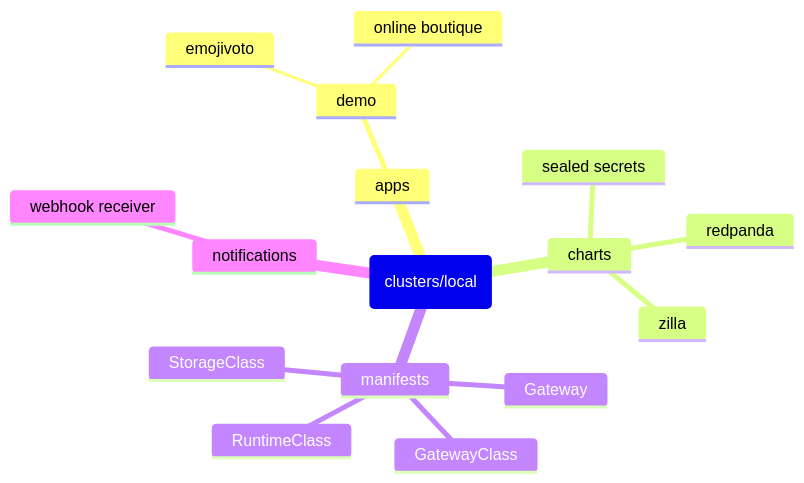
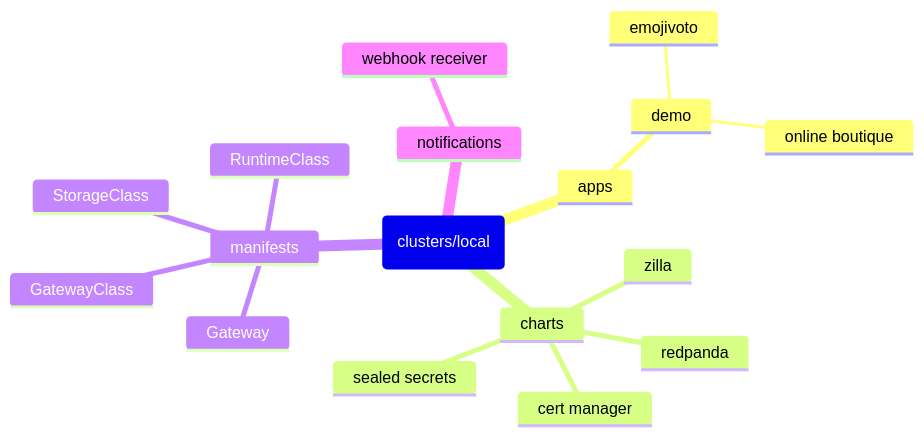
One commit to orbservability/demo-cluster changed the diagram in README.md. Above: the diagram before and after it, drawn with Mermaid. The commit also changed other lines of this file and 11 other files, not shown here.

Commit message:
add cert-manager. Minikube

````diff
--- a/README.md
+++ b/README.md
@@ -5,19 +5,20 @@
 ```mermaid
 mindmap
   root(clusters/local)
     apps
       demo
         emojivoto
         online boutique
     charts
+      cert manager
       redpanda
       sealed secrets
       zilla
     manifests
       GatewayClass
       Gateway
       RuntimeClass
       StorageClass
     notifications
       webhook receiver
 ```
````
